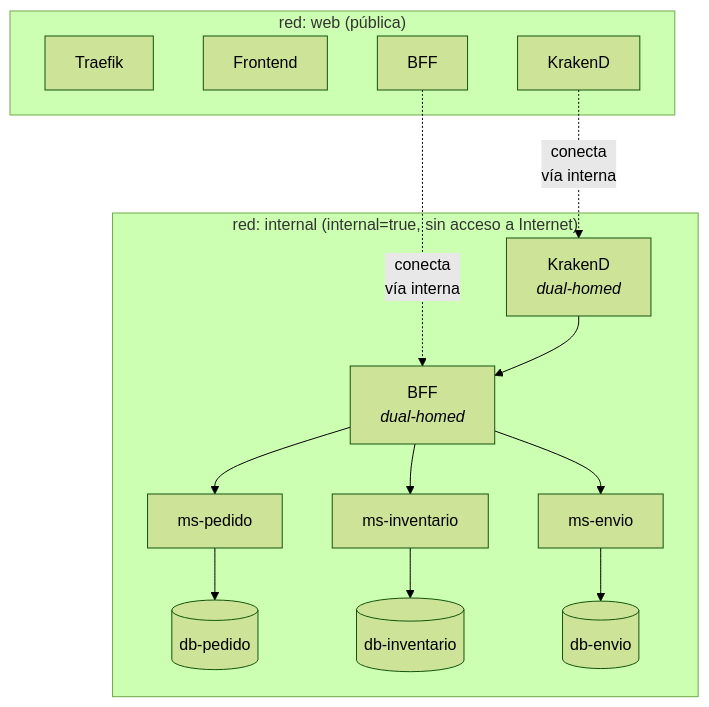
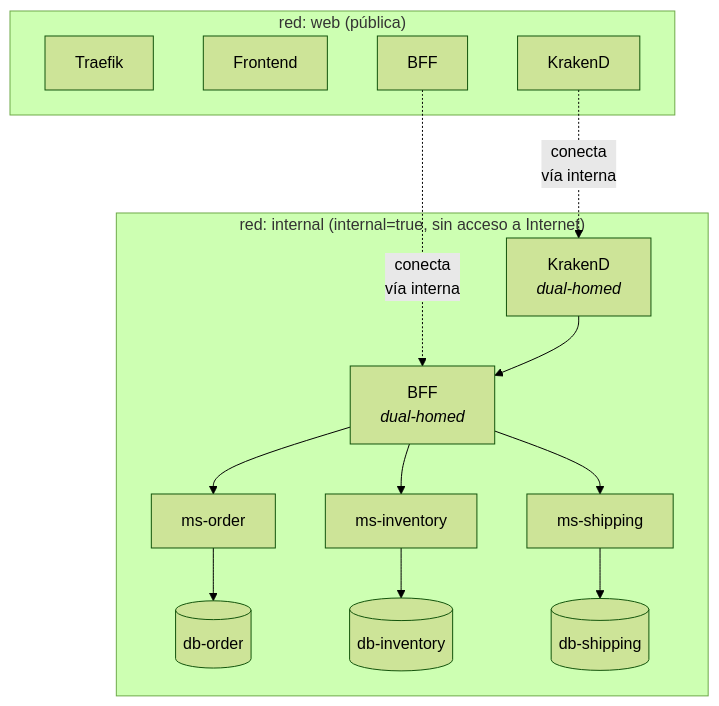
The second of 9 diagrams in README.md (smartLogixfs/smartlogixs), drawn with Mermaid (forest theme) before and after one commit. The commit also changed other lines of this file and 160 other files, not shown here.

````diff
--- a/README.md
+++ b/README.md
@@ -95,28 +97,28 @@
 ```mermaid
 flowchart TB
     subgraph WebNet["red: web (pública)"]
         T[Traefik]
         F[Frontend]
         K[KrakenD]
         B[BFF]
     end
 
     subgraph IntNet["red: internal (internal=true, sin acceso a Internet)"]
         BB[BFF<br/><i>dual-homed</i>]
         KK[KrakenD<br/><i>dual-homed</i>]
-        P[ms-pedido]
-        I[ms-inventario]
-        E[ms-envio]
-        DP[(db-pedido)]
-        DI[(db-inventario)]
-        DE[(db-envio)]
+        P[ms-order]
+        I[ms-inventory]
+        E[ms-shipping]
+        DP[(db-order)]
+        DI[(db-inventory)]
+        DE[(db-shipping)]
     end
 
     B -.->|conecta<br/>vía interna| BB
     K -.->|conecta<br/>vía interna| KK
     BB --> P & I & E
     KK --> BB
     P --> DP
     I --> DI
     E --> DE
 ```
````
